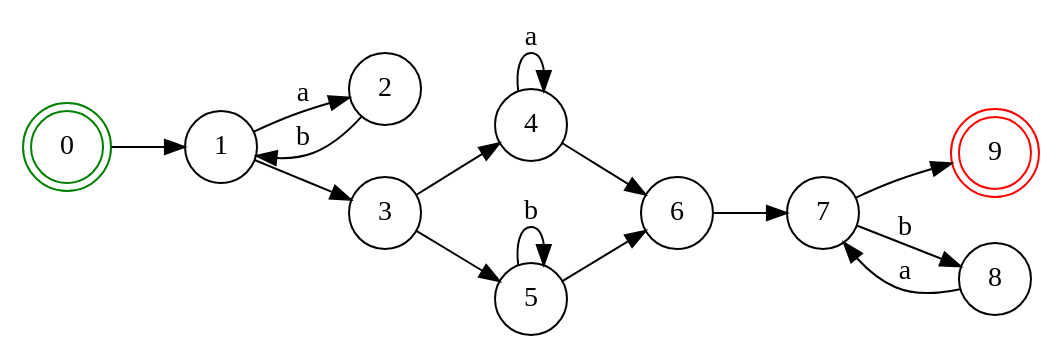
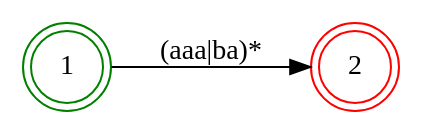
One commit to v012345/lua5.4.4 changed the diagram in scripts/lua/dot/NDF.dot. Above: the diagram before and after it, drawn with Graphviz. The commit also changed 2 other files, not shown here.

```diff
--- a/scripts/lua/dot/NDF.dot
+++ b/scripts/lua/dot/NDF.dot
@@ -1,22 +1,9 @@
 digraph NDF {
     rankdir = LR;
     size = "8,5";
     node [shape = doublecircle;];
-    0 [color = green;];
-    9 [color = red;];
+    1 [color = green;];
+    2 [color = red;];
     node [shape = circle;];
-    0 -> 1 [label = "";];
-    1 -> 2 [label = "a";];
-    2 -> 1 [label = "b";];
-    1 -> 3 [label = "";];
-    3 -> 4 [label = "";];
-    3 -> 5 [label = "";];
-    4 -> 4 [label = "a";];
-    4 -> 6 [label = "";];
-    5 -> 5 [label = "b";];
-    5 -> 6 [label = "";];
-    6 -> 7 [label = "";];
-    7 -> 8 [label = "b";];
-    8 -> 7 [label = "a";];
-    7 -> 9 [label = "";];
+    1 -> 2 [label = "(aaa|ba)*";];
 }
```
